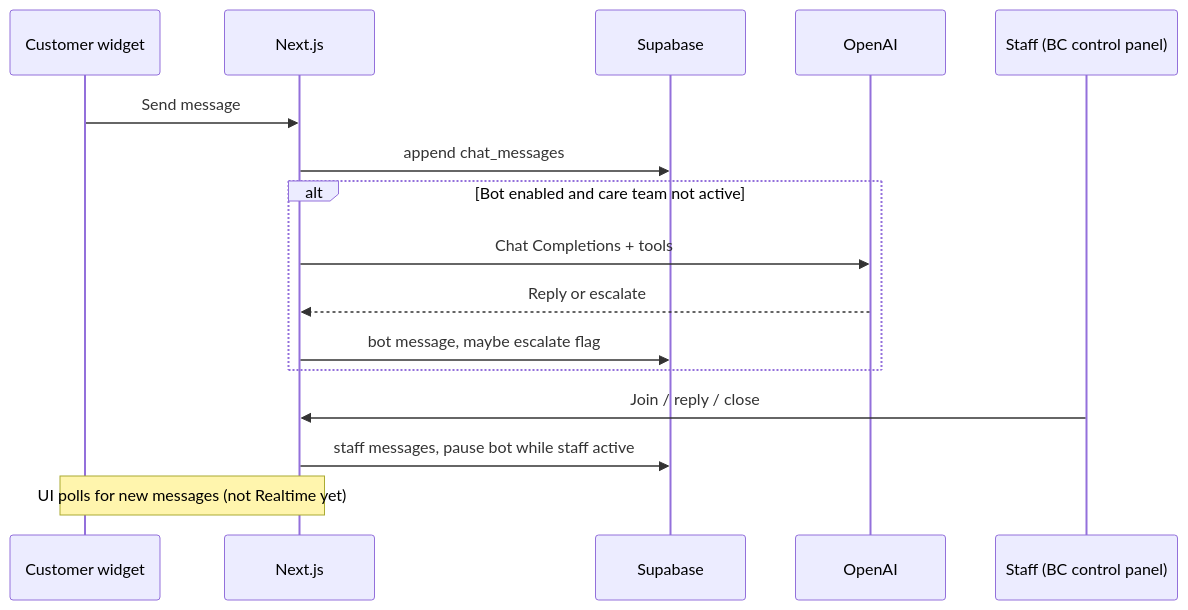
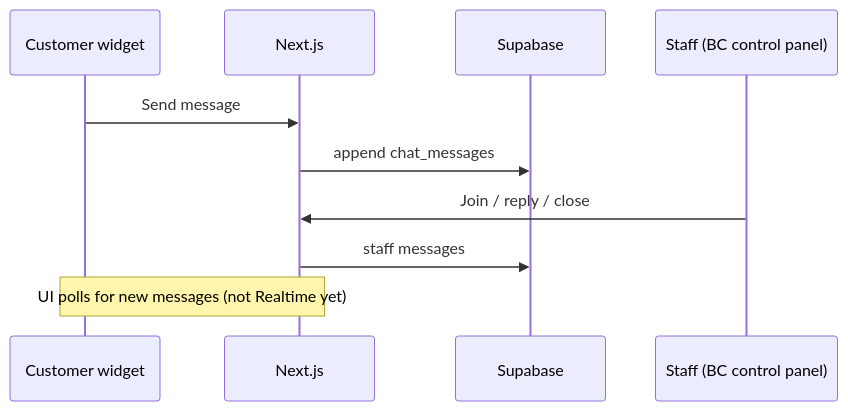
One commit to lolo19950603/liivv-test-catalyst-app changed the sixth of 6 diagrams in docs/Liivv-Architecture.md. Above: the diagram before and after it, drawn with Mermaid. The commit also changed other lines of this file and 2 other files, not shown here.

Commit message:
Drop the OpenAI vendor name from the IT pack and label diagram hops with how each path is protected.

````diff
--- a/docs/Liivv-Architecture.md
+++ b/docs/Liivv-Architecture.md
@@ -419,19 +417,13 @@
 ```mermaid
 sequenceDiagram
   participant U as Customer widget
   participant N as Next.js
   participant SB as Supabase
-  participant AI as OpenAI
   participant Staff as Staff (BC control panel)
 
   U->>N: Send message
   N->>SB: append chat_messages
-  alt Bot enabled and care team not active
-    N->>AI: Chat Completions + tools
-    AI-->>N: Reply or escalate
-    N->>SB: bot message, maybe escalate flag
-  end
   Staff->>N: Join / reply / close
-  N->>SB: staff messages, pause bot while staff active
+  N->>SB: staff messages
   Note over U,N: UI polls for new messages (not Realtime yet)
 ```
````
